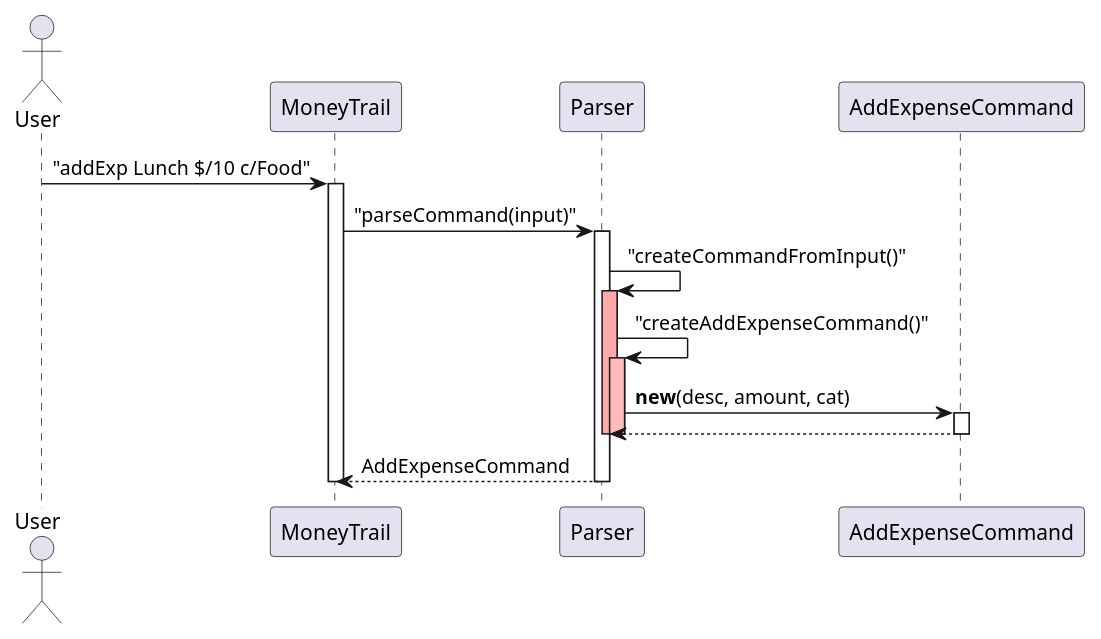
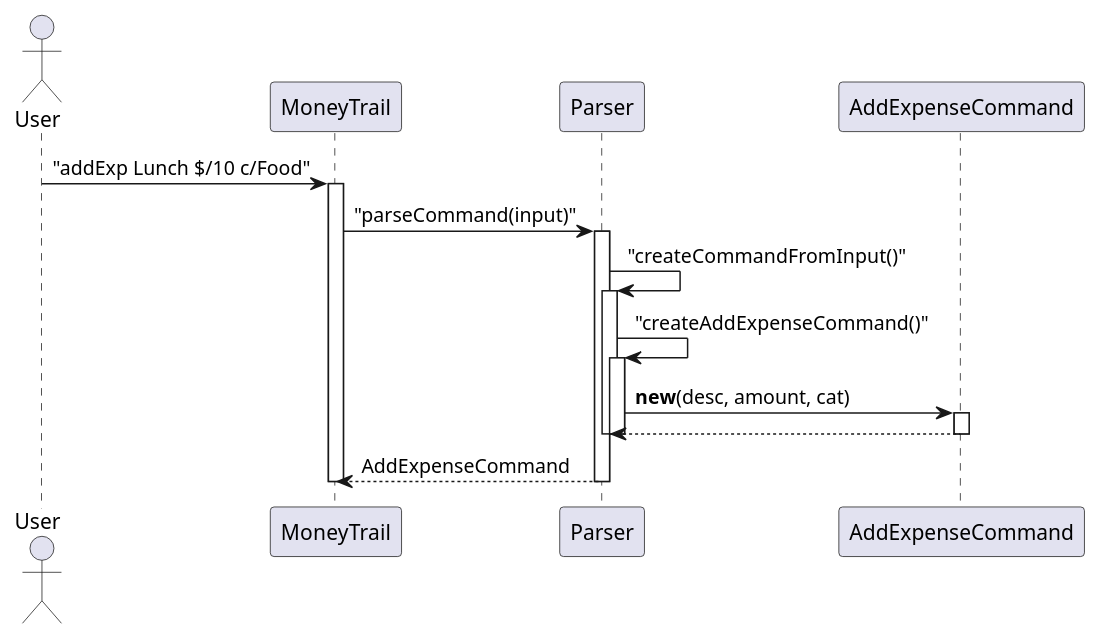
The diagram in docs/diagrams/Parser_Seq.puml (EdwinTun98/tp), drawn with PlantUML before and after one commit. The commit also changed 24 other files, not shown here.

```diff
--- a/docs/diagrams/Parser_Seq.puml
+++ b/docs/diagrams/Parser_Seq.puml
@@ -1,27 +1,27 @@
 @startuml Parser_Sequence_Activation
 actor User
 participant MoneyTrail
 participant Parser
 participant AddExpenseCommand
 
 User -> MoneyTrail : "addExp Lunch $/10 c/Food"
 activate MoneyTrail
 MoneyTrail -> Parser : "parseCommand(input)"
 activate Parser
 
 Parser -> Parser : "createCommandFromInput()"
-activate Parser #FFAAAA
+activate Parser
 Parser -> Parser : "createAddExpenseCommand()"
-activate Parser #FFBBBB
+activate Parser
 
 Parser -> AddExpenseCommand : **new**(desc, amount, cat)
 activate AddExpenseCommand
 AddExpenseCommand --> Parser
 deactivate AddExpenseCommand
 
-deactivate Parser #FFBBBB
+deactivate Parser
 deactivate Parser #FFAAAA
 Parser --> MoneyTrail : AddExpenseCommand
 deactivate Parser
 deactivate MoneyTrail
 @enduml
```
